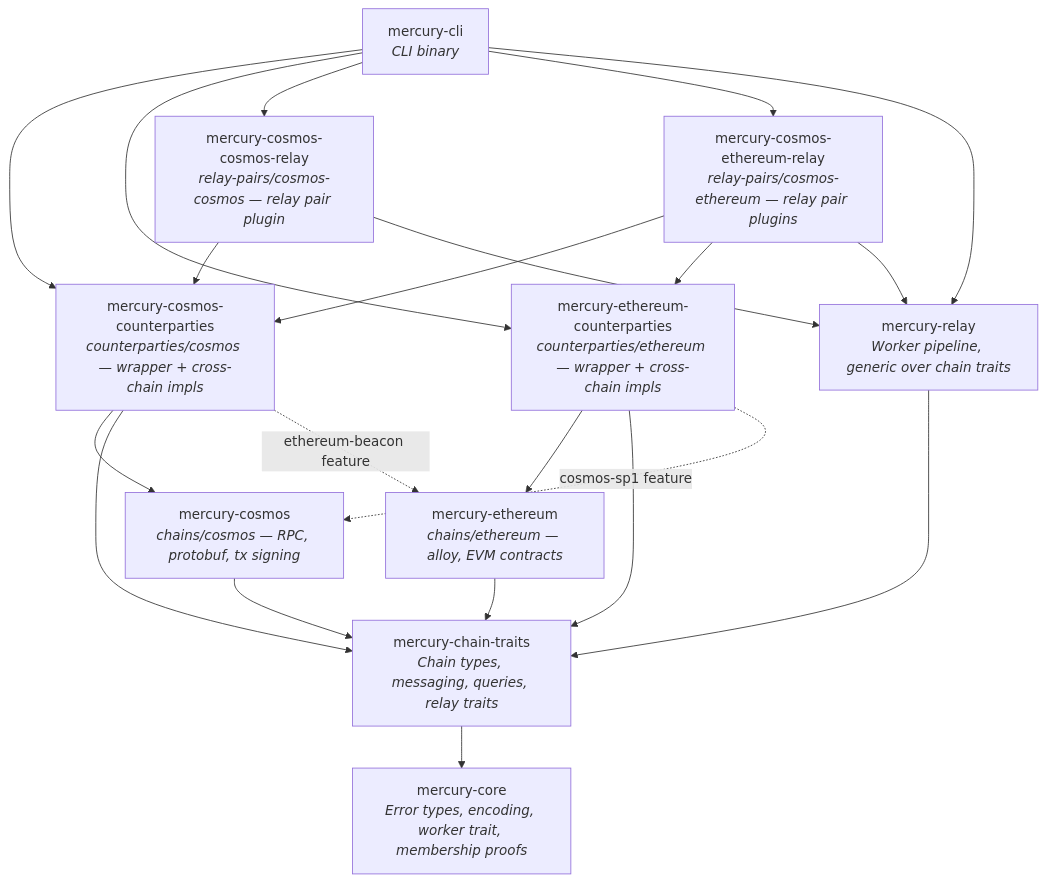
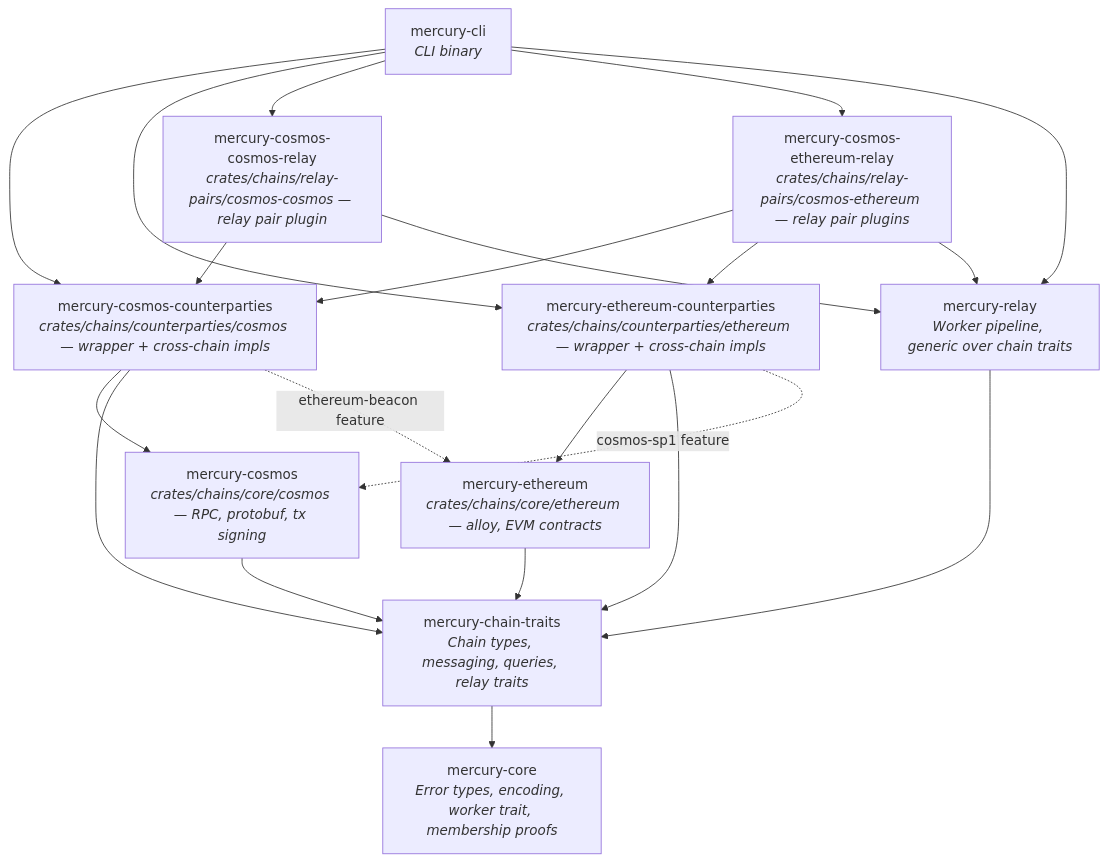
The first of 2 diagrams in docs/architecture.md (vaporif/mercury), drawn with Mermaid before and after one commit. The commit also changed 44 other files, not shown here.

````diff
--- a/docs/architecture.md
+++ b/docs/architecture.md
@@ -238,34 +238,34 @@
 ```mermaid
 graph TD
     CLI[mercury-cli<br/><i>CLI binary</i>]
-    COSMOS[mercury-cosmos<br/><i>chains/cosmos — RPC, protobuf, tx signing</i>]
-    ETH[mercury-ethereum<br/><i>chains/ethereum — alloy, EVM contracts</i>]
-    COSMOS_BR[mercury-cosmos-counterparties<br/><i>counterparties/cosmos — wrapper + cross-chain impls</i>]
-    ETH_BR[mercury-ethereum-counterparties<br/><i>counterparties/ethereum — wrapper + cross-chain impls</i>]
-    CCR[mercury-cosmos-cosmos-relay<br/><i>relay-pairs/cosmos-cosmos — relay pair plugin</i>]
-    CER[mercury-cosmos-ethereum-relay<br/><i>relay-pairs/cosmos-ethereum — relay pair plugins</i>]
+    COSMOS[mercury-cosmos<br/><i>crates/chains/core/cosmos — RPC, protobuf, tx signing</i>]
+    ETH[mercury-ethereum<br/><i>crates/chains/core/ethereum — alloy, EVM contracts</i>]
+    COSMOS_BR[mercury-cosmos-counterparties<br/><i>crates/chains/counterparties/cosmos — wrapper + cross-chain impls</i>]
+    ETH_BR[mercury-ethereum-counterparties<br/><i>crates/chains/counterparties/ethereum — wrapper + cross-chain impls</i>]
+    CCR[mercury-cosmos-cosmos-relay<br/><i>crates/chains/relay-pairs/cosmos-cosmos — relay pair plugin</i>]
+    CER[mercury-cosmos-ethereum-relay<br/><i>crates/chains/relay-pairs/cosmos-ethereum — relay pair plugins</i>]
     RELAY[mercury-relay<br/><i>Worker pipeline, generic over chain traits</i>]
     TRAITS[mercury-chain-traits<br/><i>Chain types, messaging, queries, relay traits</i>]
     CORE[mercury-core<br/><i>Error types, encoding, worker trait, membership proofs</i>]
 
     CLI --> COSMOS_BR
     CLI --> ETH_BR
     CLI --> CCR
     CLI --> CER
     CLI --> RELAY
     CCR --> COSMOS_BR
     CCR --> RELAY
     CER --> COSMOS_BR
     CER --> ETH_BR
     CER --> RELAY
     COSMOS_BR --> COSMOS
     COSMOS_BR --> TRAITS
     COSMOS_BR -. "ethereum-beacon feature" .-> ETH
     ETH_BR --> ETH
     ETH_BR --> TRAITS
     ETH_BR -. "cosmos-sp1 feature" .-> COSMOS
     COSMOS --> TRAITS
     ETH --> TRAITS
     RELAY --> TRAITS
     TRAITS --> CORE
 ```
````
